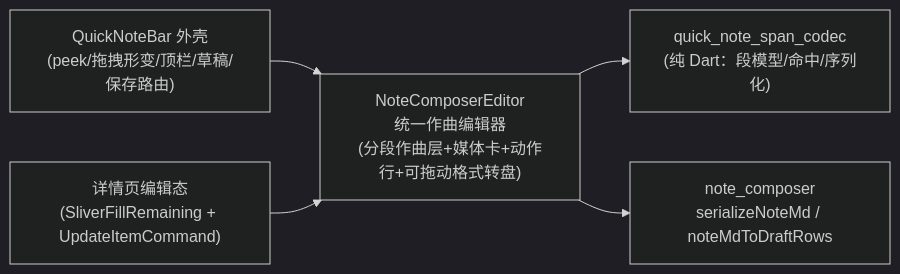
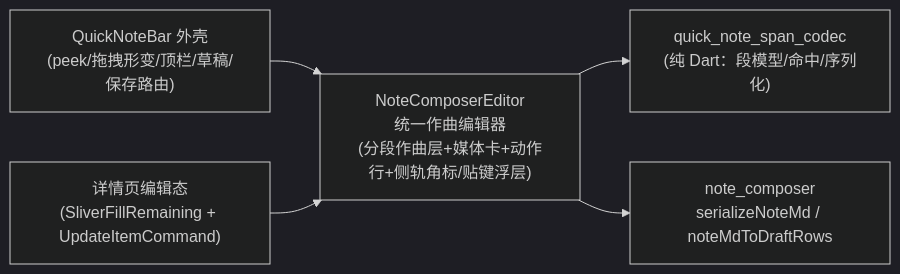
The diagram in docs/design/note-editor-unification.md (loveheng/goodshare), drawn with Mermaid (dark theme) before and after one commit. The commit also changed other lines of this file and 7 other files, not shown here.

````diff
--- a/docs/design/note-editor-unification.md
+++ b/docs/design/note-editor-unification.md
@@ -14,7 +16,7 @@
 ```mermaid
 flowchart LR
     A["QuickNoteBar 外壳<br/>(peek/拖拽形变/顶栏/草稿/保存路由)"] --> C
     B["详情页编辑态<br/>(SliverFillRemaining + UpdateItemCommand)"] --> C
-    C["NoteComposerEditor<br/>统一作曲编辑器<br/>(分段作曲层+媒体卡+动作行+可拖动格式转盘)"] --> D["quick_note_span_codec<br/>(纯 Dart：段模型/命中/序列化)"]
+    C["NoteComposerEditor<br/>统一作曲编辑器<br/>(分段作曲层+媒体卡+动作行+侧轨角标/贴键浮层)"] --> D["quick_note_span_codec<br/>(纯 Dart：段模型/命中/序列化)"]
     C --> E["note_composer<br/>serializeNoteMd / noteMdToDraftRows"]
 ```
````
